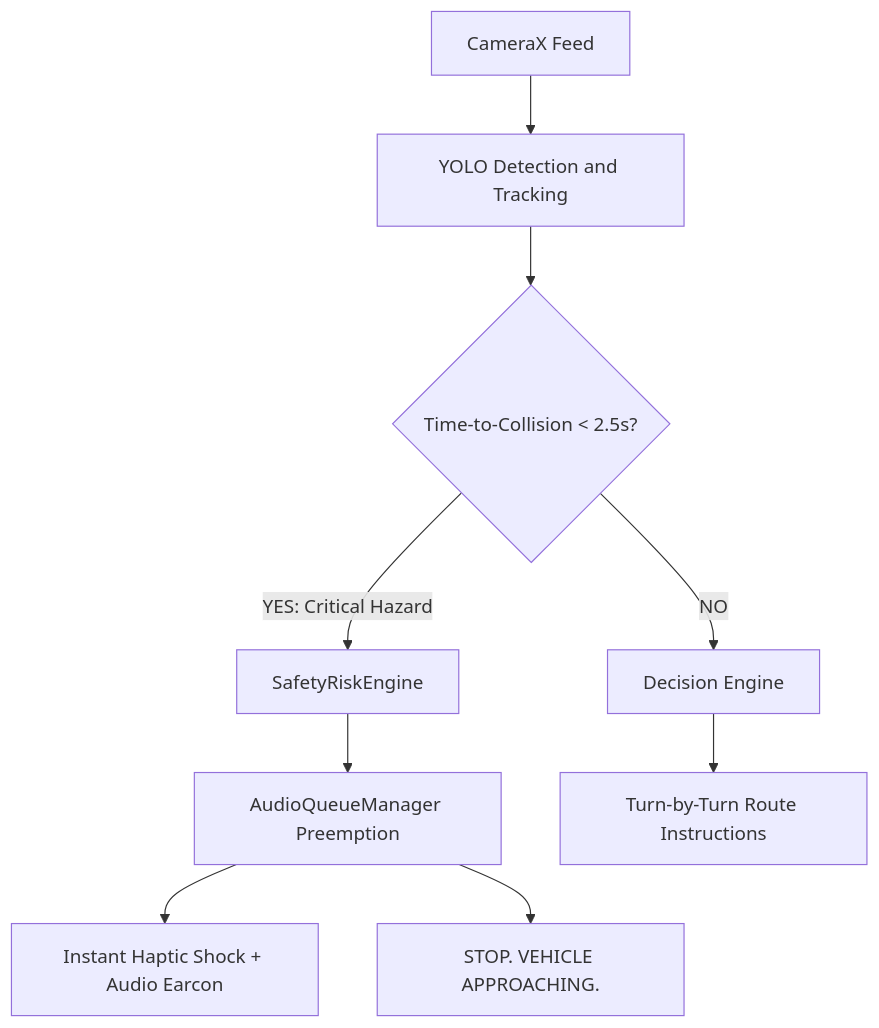
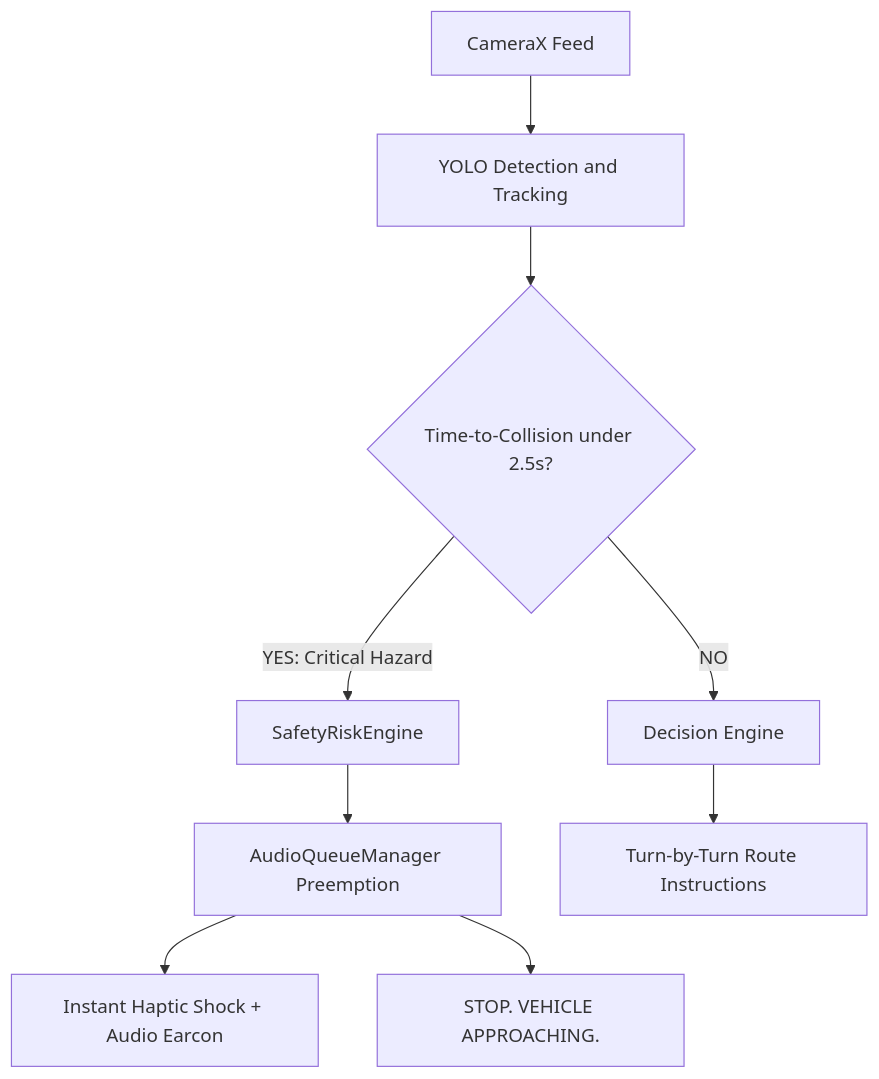
One commit to Mano2409/vision changed the first of 2 diagrams in README.md. Above: the diagram before and after it, drawn with Mermaid. The commit also changed other lines of this file and 1 other file, not shown here.

````diff
--- a/README.md
+++ b/README.md
@@ -31,11 +39,11 @@
 ```mermaid
 flowchart TD
     Camera["CameraX Feed"] --> Vision["YOLO Detection and Tracking"]
-    Vision --> TTC{"Time-to-Collision < 2.5s?"}
+    Vision --> TTC{"Time-to-Collision under 2.5s?"}
     TTC -- "YES: Critical Hazard" --> SafetyEngine["SafetyRiskEngine"]
     SafetyEngine --> Preempt["AudioQueueManager Preemption"]
     Preempt --> Earcon["Instant Haptic Shock + Audio Earcon"]
     Preempt --> Command["STOP. VEHICLE APPROACHING."]
     TTC -- "NO" --> DecisionEngine["Decision Engine"]
     DecisionEngine --> RouteGuidance["Turn-by-Turn Route Instructions"]
 ```
````
